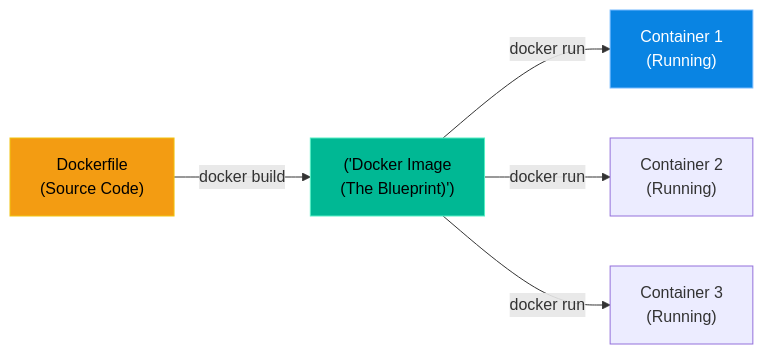
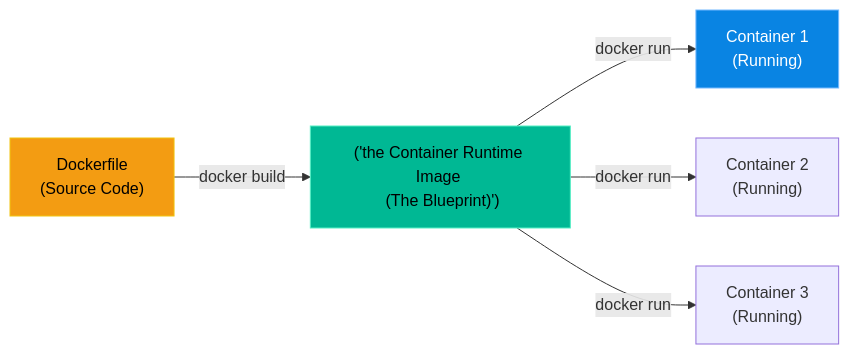
Before and after one commit to laxya911/linux-support-engineer-master-handbook: the diagram in volumes/volume-03-enterprise-linux-services/chapters/V3-C22-building-images.md, drawn with Mermaid. The commit also changed other lines of this file and 24 other files, not shown here.

````diff
--- a/volumes/volume-03-enterprise-linux-services/chapters/V3-C22-building-images.md
+++ b/volumes/volume-03-enterprise-linux-services/chapters/V3-C22-building-images.md
@@ -43,12 +42,12 @@
 ```mermaid
 flowchart LR
-    A["Dockerfile \n (Source Code)"] -->|"docker build"| B["('Docker Image \n (The Blueprint)')"]
+    A["Dockerfile \n (Source Code)"] -->|"docker build"| B["('the Container Runtime Image \n (The Blueprint)')"]
     
     B -->|"docker run"| C["Container 1 \n (Running)"]
     B -->|"docker run"| D["Container 2 \n (Running)"]
     B -->|"docker run"| E["Container 3 \n (Running)"]
     
     style A fill:#f39c12,stroke:#f1c40f,color:#000
     style B fill:#00b894,stroke:#55efc4,color:#000
     style C fill:#0984e3,stroke:#74b9ff,color:#fff
 ```
````
